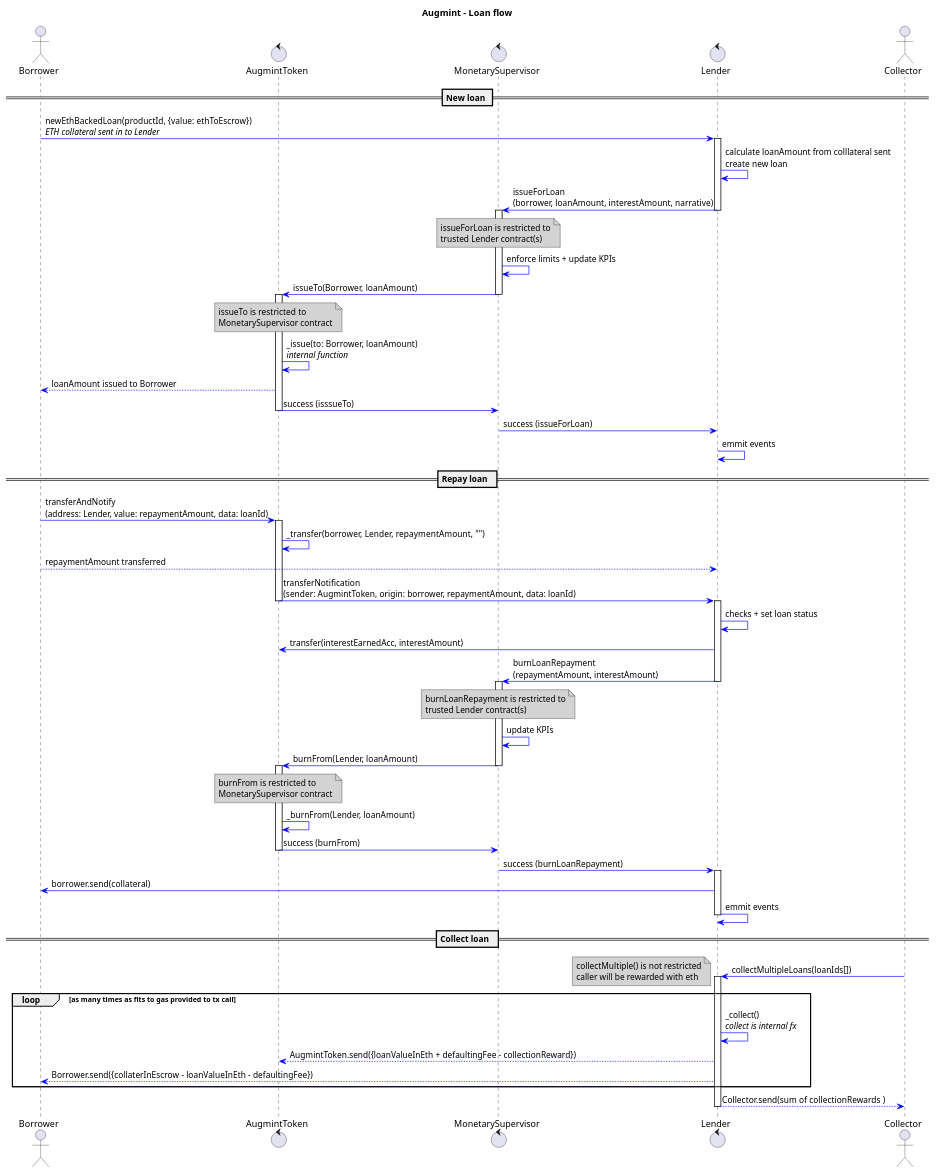
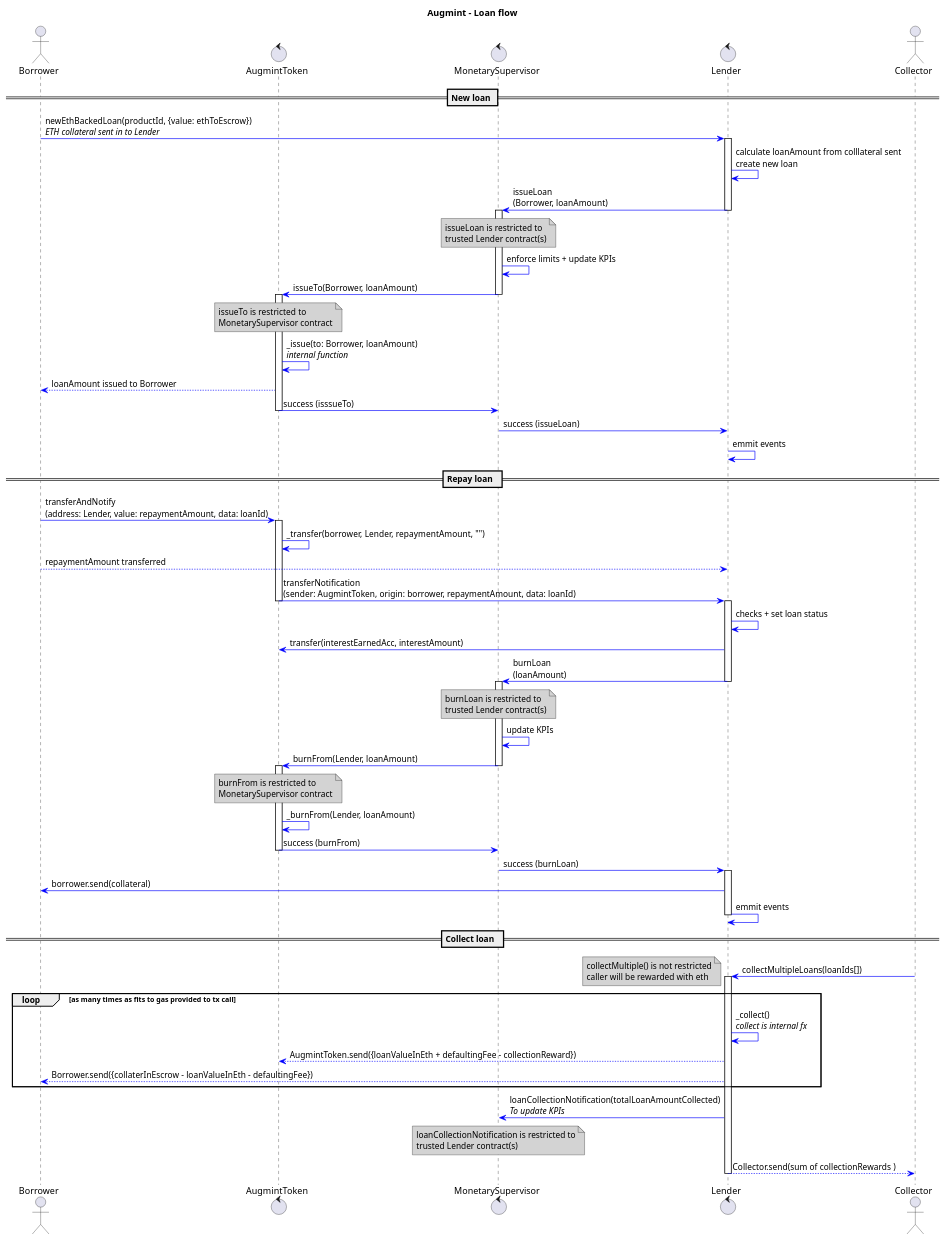
One commit to Augmint/augmint-contracts changed the diagram in docs/loanFlow.plantuml. Above: the diagram before and after it, drawn with PlantUML. The commit also changed 8 other files, not shown here.

```diff
--- a/docs/loanFlow.plantuml
+++ b/docs/loanFlow.plantuml
@@ -1,99 +1,104 @@
 @startuml
 title **Augmint** - Loan flow
 skinparam ArrowColor #blue
 skinparam noteBackgroundColor #lightgrey
 
 actor Borrower
 control AugmintToken
 control MonetarySupervisor
 control Lender
 actor Collector
 
 == New loan ==
 Borrower -> Lender : newEthBackedLoan(productId, {value: ethToEscrow})\n//ETH collateral sent in to Lender//
 
 activate Lender
     Lender -> Lender : calculate loanAmount from colllateral sent\ncreate new loan
-    Lender -> MonetarySupervisor : issueForLoan\n(borrower, loanAmount, interestAmount, narrative)
+    Lender -> MonetarySupervisor : issueLoan\n(Borrower, loanAmount)
 deactivate Lender
 
 activate MonetarySupervisor
     note over MonetarySupervisor
-        issueForLoan is restricted to
+        issueLoan is restricted to
         trusted Lender contract(s)
     end note
     MonetarySupervisor -> MonetarySupervisor : enforce limits + update KPIs
     MonetarySupervisor -> AugmintToken : issueTo(Borrower, loanAmount)
 deactivate MonetarySupervisor
 
 activate AugmintToken
     note over AugmintToken
         issueTo is restricted to
         MonetarySupervisor contract
     end note
     AugmintToken -> AugmintToken : _issue(to: Borrower, loanAmount)\n//internal function//
     AugmintToken --> Borrower : loanAmount issued to Borrower
     AugmintToken -> MonetarySupervisor : success (isssueTo)
 deactivate AugmintToken
 
-MonetarySupervisor -> Lender : success (issueForLoan)
+MonetarySupervisor -> Lender : success (issueLoan)
 
 Lender -> Lender : emmit events
 
 == Repay loan  ==
 Borrower -> AugmintToken : transferAndNotify\n(address: Lender, value: repaymentAmount, data: loanId)
 
 activate AugmintToken
     AugmintToken -> AugmintToken : _transfer(borrower, Lender, repaymentAmount, "")
     Borrower --> Lender : repaymentAmount transferred
     AugmintToken -> Lender : transferNotification\n(sender: AugmintToken, origin: borrower, repaymentAmount, data: loanId)
 deactivate AugmintToken
 
 activate Lender
     Lender -> Lender : checks + set loan status
     Lender -> AugmintToken : transfer(interestEarnedAcc, interestAmount)
-    Lender -> MonetarySupervisor : burnLoanRepayment\n(repaymentAmount, interestAmount)
+    Lender -> MonetarySupervisor : burnLoan\n(loanAmount)
     note over MonetarySupervisor
-        burnLoanRepayment is restricted to
+        burnLoan is restricted to
         trusted Lender contract(s)
     end note
 deactivate Lender
 
 activate MonetarySupervisor
     MonetarySupervisor -> MonetarySupervisor : update KPIs
     MonetarySupervisor -> AugmintToken : burnFrom(Lender, loanAmount)
     note over AugmintToken
         burnFrom is restricted to
         MonetarySupervisor contract
     end note
 deactivate MonetarySupervisor
 
 activate AugmintToken
     AugmintToken -> AugmintToken : _burnFrom(Lender, loanAmount)
     AugmintToken -> MonetarySupervisor : success (burnFrom)
 deactivate AugmintToken
 
-MonetarySupervisor -> Lender : success (burnLoanRepayment)
+MonetarySupervisor -> Lender : success (burnLoan)
 
 activate Lender
 Lender -> Borrower : borrower.send(collateral)
 Lender -> Lender : emmit events
 deactivate Lender
 
 == Collect loan  ==
 Collector -> Lender : collectMultipleLoans(loanIds[])
 note left
     collectMultiple() is not restricted
     caller will be rewarded with eth
 end note
 activate Lender
 
 loop as many times as fits to gas provided to tx call
     Lender -> Lender : _collect()\n//collect is internal fx//
     Lender --> AugmintToken : AugmintToken.send({loanValueInEth + defaultingFee - collectionReward})
     Lender --> Borrower : Borrower.send({collaterInEscrow - loanValueInEth - defaultingFee})
 end
+Lender -> MonetarySupervisor : loanCollectionNotification(totalLoanAmountCollected)\n//To update KPIs//
+note over MonetarySupervisor
+    loanCollectionNotification is restricted to
+    trusted Lender contract(s)
+end note
 Lender --> Collector : Collector.send(sum of collectionRewards )
 
 deactivate Lender
 @enduml
```
